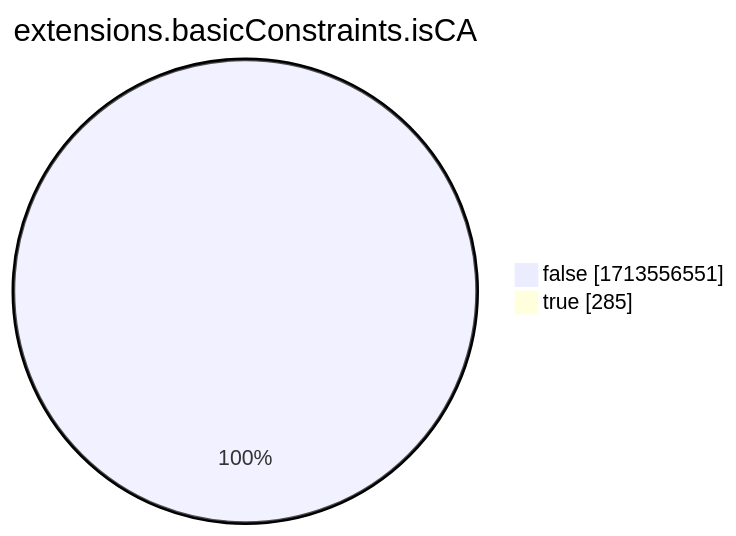
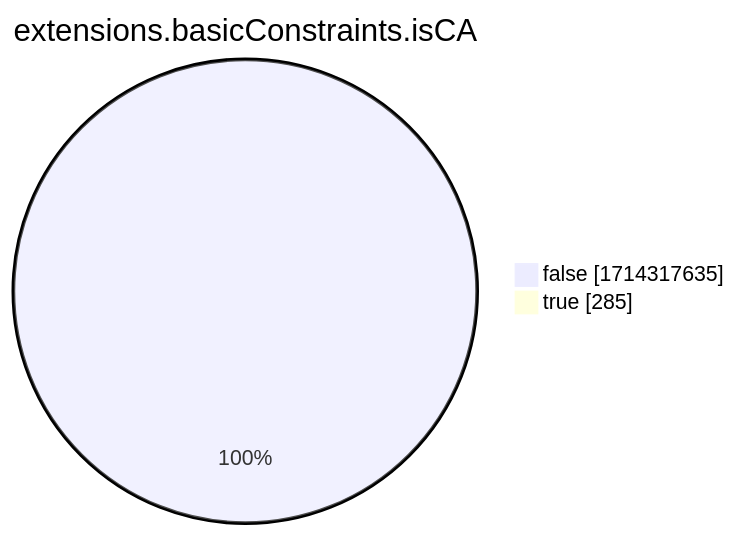
One commit to christiankrug/ctmonitor_visualization changed the eighth of 15 diagrams in xenon2022/README.md. Above: the diagram before and after it, drawn with Mermaid. The commit also changed other lines of this file, not shown here.

````diff
--- a/xenon2022/README.md
+++ b/xenon2022/README.md
@@ -2866,6 +2866,6 @@
 ```mermaid
 pie showData
 title extensions.basicConstraints.isCA
-"false" :1713556551
+"false" :1714317635
 "true" :285
 ```
````
